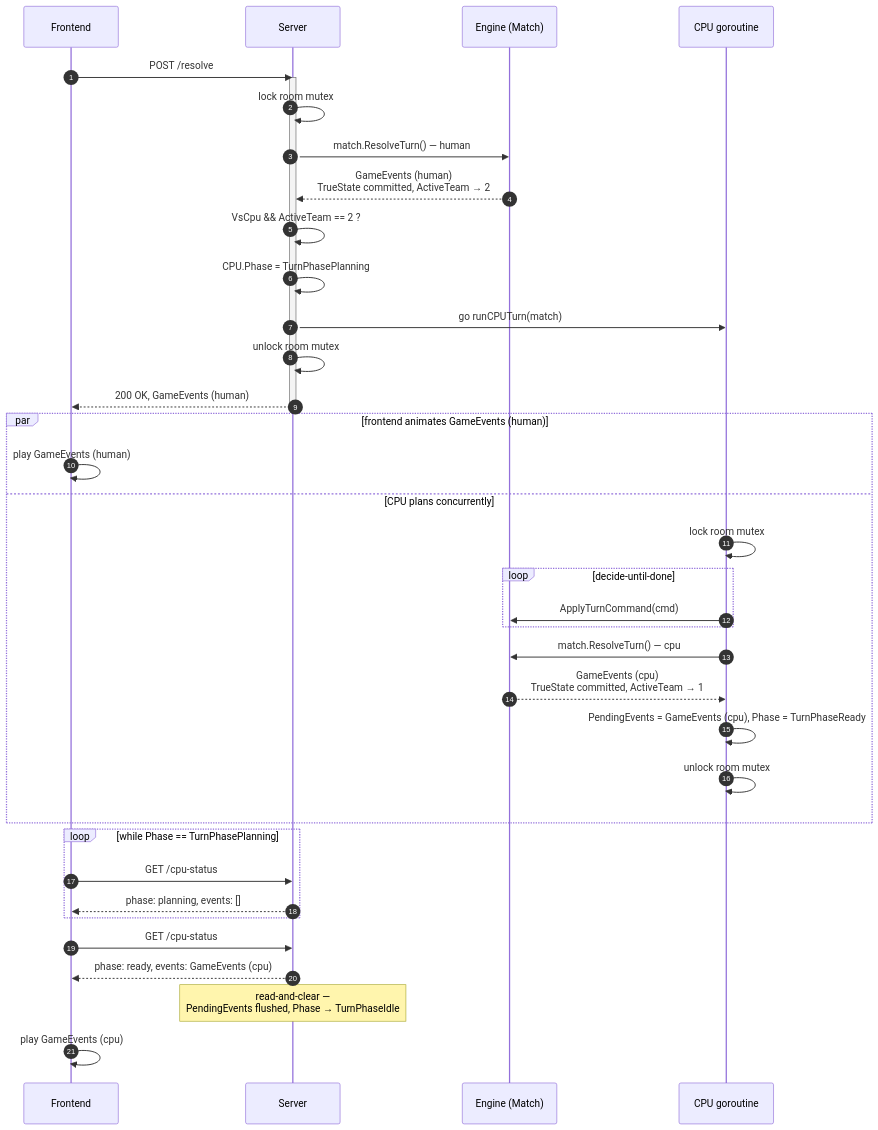
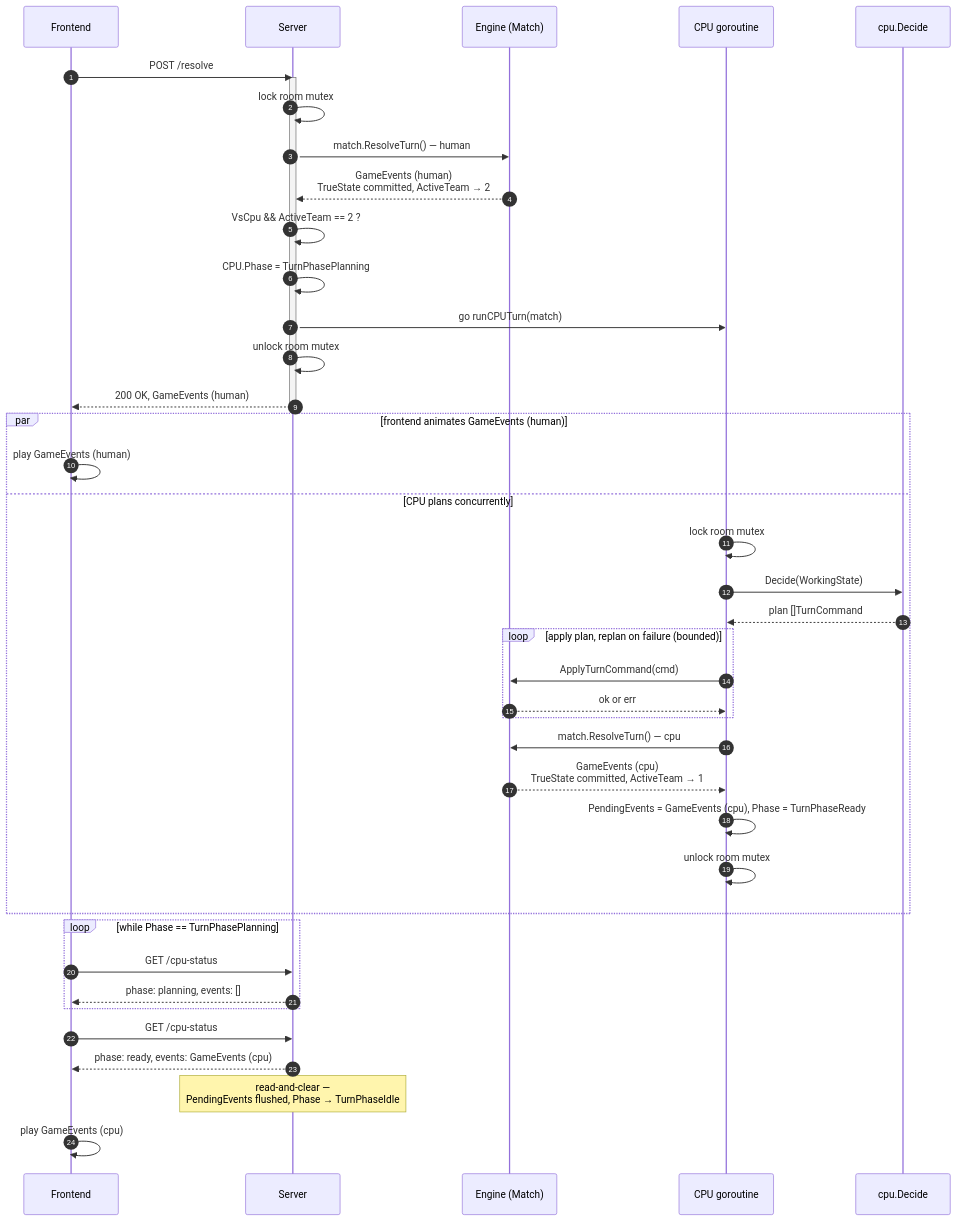
The first of 2 diagrams in docs/diagrams/vs-cpu-turn-sequence.md (oscarhkli/bomb-srpg), drawn with Mermaid before and after one commit. The commit also changed other lines of this file and 7 other files, not shown here.

````diff
--- a/docs/diagrams/vs-cpu-turn-sequence.md
+++ b/docs/diagrams/vs-cpu-turn-sequence.md
@@ -5,42 +5,46 @@
 ```mermaid
 sequenceDiagram
     autonumber
     participant FE as Frontend
     participant SV as Server
     participant EN as Engine (Match)
     participant GO as CPU goroutine
+    participant CP as cpu.Decide
 
     FE->>SV: POST /resolve
     activate SV
     SV->>SV: lock room mutex
     SV->>EN: match.ResolveTurn()  — human
     EN-->>SV: GameEvents (human)<br/>TrueState committed, ActiveTeam → 2
     SV->>SV: VsCpu && ActiveTeam == 2 ?
     SV->>SV: CPU.Phase = TurnPhasePlanning
     SV->>GO: go runCPUTurn(match)
     SV->>SV: unlock room mutex
     SV-->>FE: 200 OK, GameEvents (human)
     deactivate SV
 
     par frontend animates GameEvents (human)
         FE->>FE: play GameEvents (human)
     and CPU plans concurrently
         GO->>GO: lock room mutex
-        loop decide-until-done
+        GO->>CP: Decide(WorkingState)
+        CP-->>GO: plan []TurnCommand
+        loop apply plan, replan on failure (bounded)
             GO->>EN: ApplyTurnCommand(cmd)
+            EN-->>GO: ok or err
         end
         GO->>EN: match.ResolveTurn()  — cpu
         EN-->>GO: GameEvents (cpu)<br/>TrueState committed, ActiveTeam → 1
         GO->>GO: PendingEvents = GameEvents (cpu), Phase = TurnPhaseReady
         GO->>GO: unlock room mutex
     end
 
     loop while Phase == TurnPhasePlanning
         FE->>SV: GET /cpu-status
         SV-->>FE: phase: planning, events: []
     end
     FE->>SV: GET /cpu-status
     SV-->>FE: phase: ready, events: GameEvents (cpu)
     Note over SV: read-and-clear —<br/>PendingEvents flushed, Phase → TurnPhaseIdle
     FE->>FE: play GameEvents (cpu)
 ```
````
